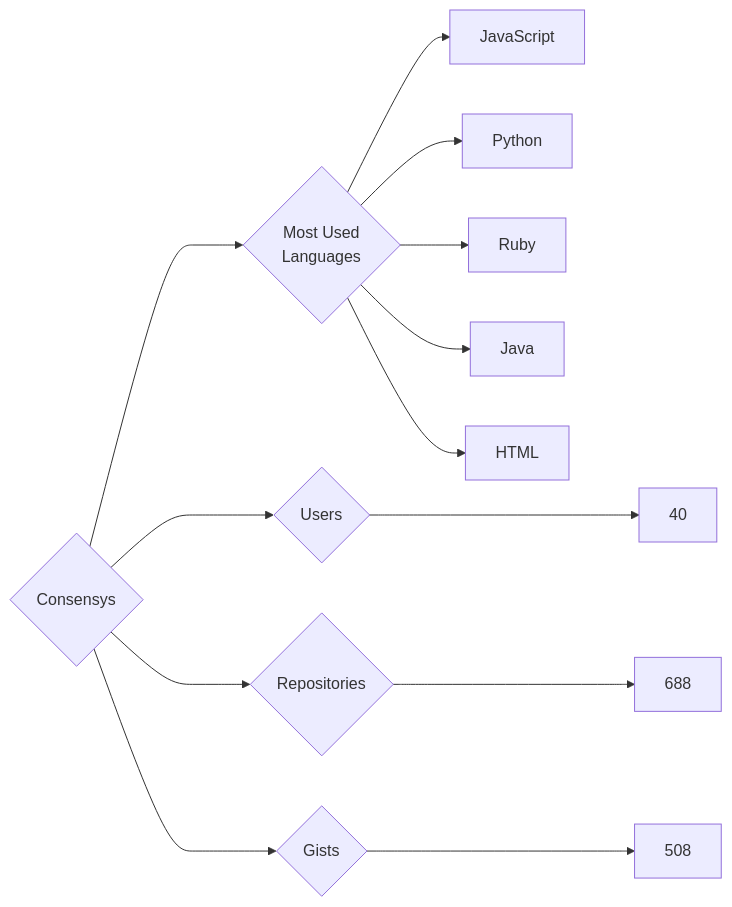
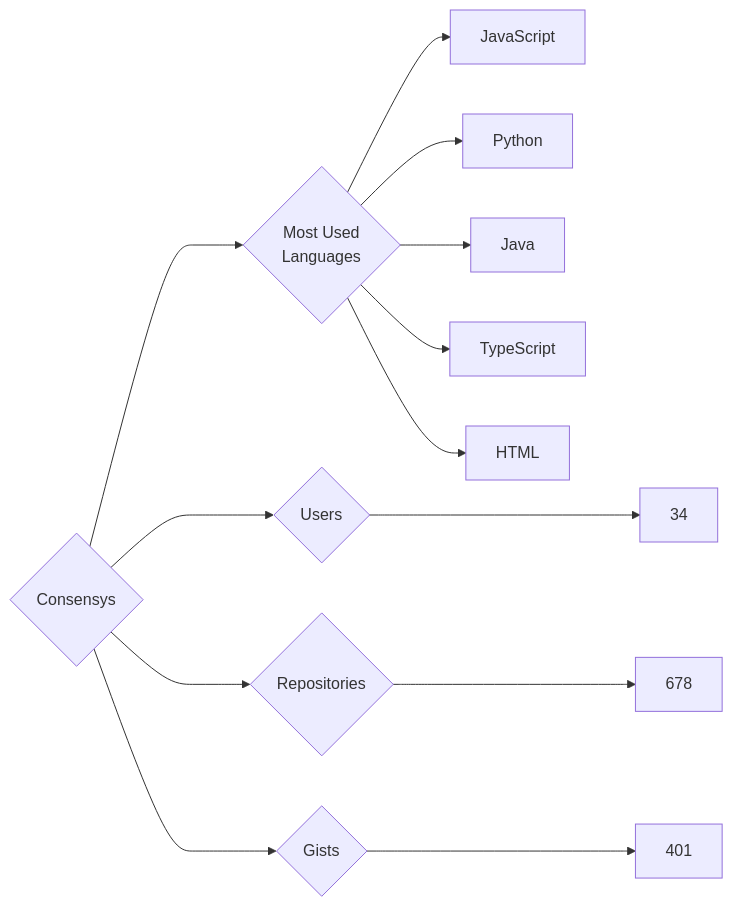
The diagram in targets/Consensys/README.md (trickest/insiders), drawn with Mermaid before and after one commit. The commit also changed 925 other files, not shown here.

````diff
--- a/targets/Consensys/README.md
+++ b/targets/Consensys/README.md
@@ -3,13 +3,13 @@
 ```mermaid
 graph LR
 COMPANY_NAME{Consensys}
-COMPANY_NAME ---> U{Users} ---> UN[40]
-COMPANY_NAME ---> R{Repositories} ---> RN[688]
-COMPANY_NAME ---> G{Gists} ---> GN[508]
+COMPANY_NAME ---> U{Users} ---> UN[34]
+COMPANY_NAME ---> R{Repositories} ---> RN[678]
+COMPANY_NAME ---> G{Gists} ---> GN[401]
 COMPANY_NAME ---> ML{Most Used<br>Languages}
 ML --> JavaScript[JavaScript]
 ML --> Python[Python]
-ML --> Ruby[Ruby]
 ML --> Java[Java]
+ML --> TypeScript[TypeScript]
 ML --> HTML[HTML]
 ```
````
